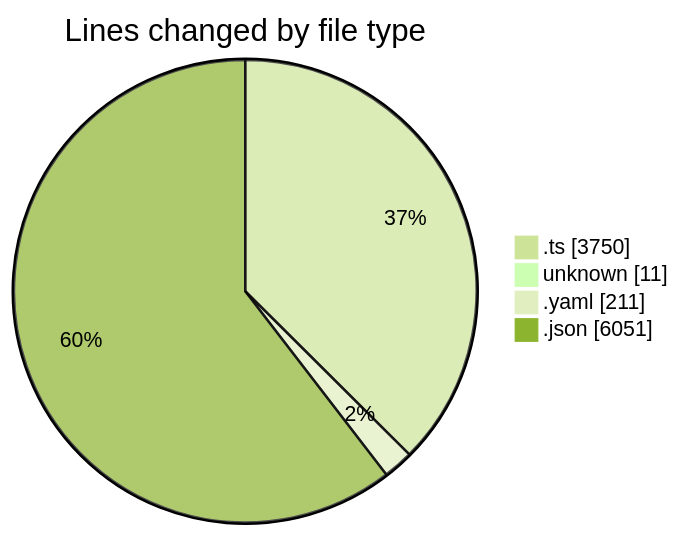
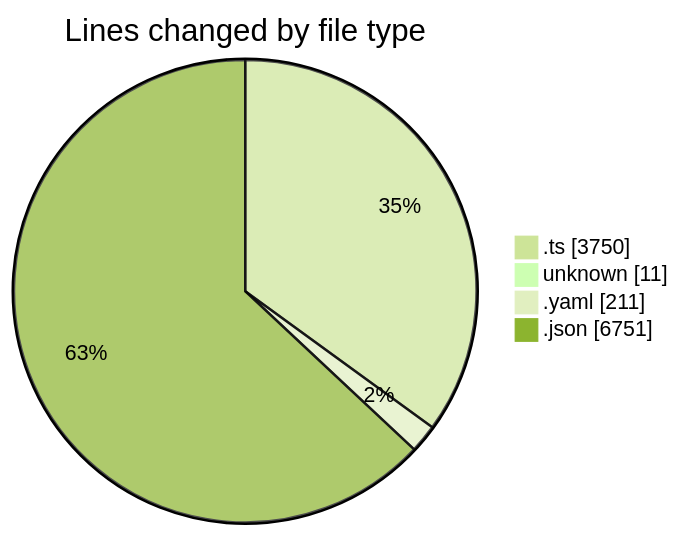
Before and after one commit to mevix1/code-tracking: the first of 2 diagrams in 2025-10-01/oura-api/README.md, drawn with Mermaid (forest theme). The commit also changed other lines of this file and 1 other file, not shown here.

````diff
--- a/2025-10-01/oura-api/README.md
+++ b/2025-10-01/oura-api/README.md
@@ -52,8 +52,8 @@
 ```mermaid
 pie showData
 title Lines changed by file type
 ".ts" : 3750
 "unknown" : 11
 ".yaml" : 211
-".json" : 6051
+".json" : 6751
 ```
````
